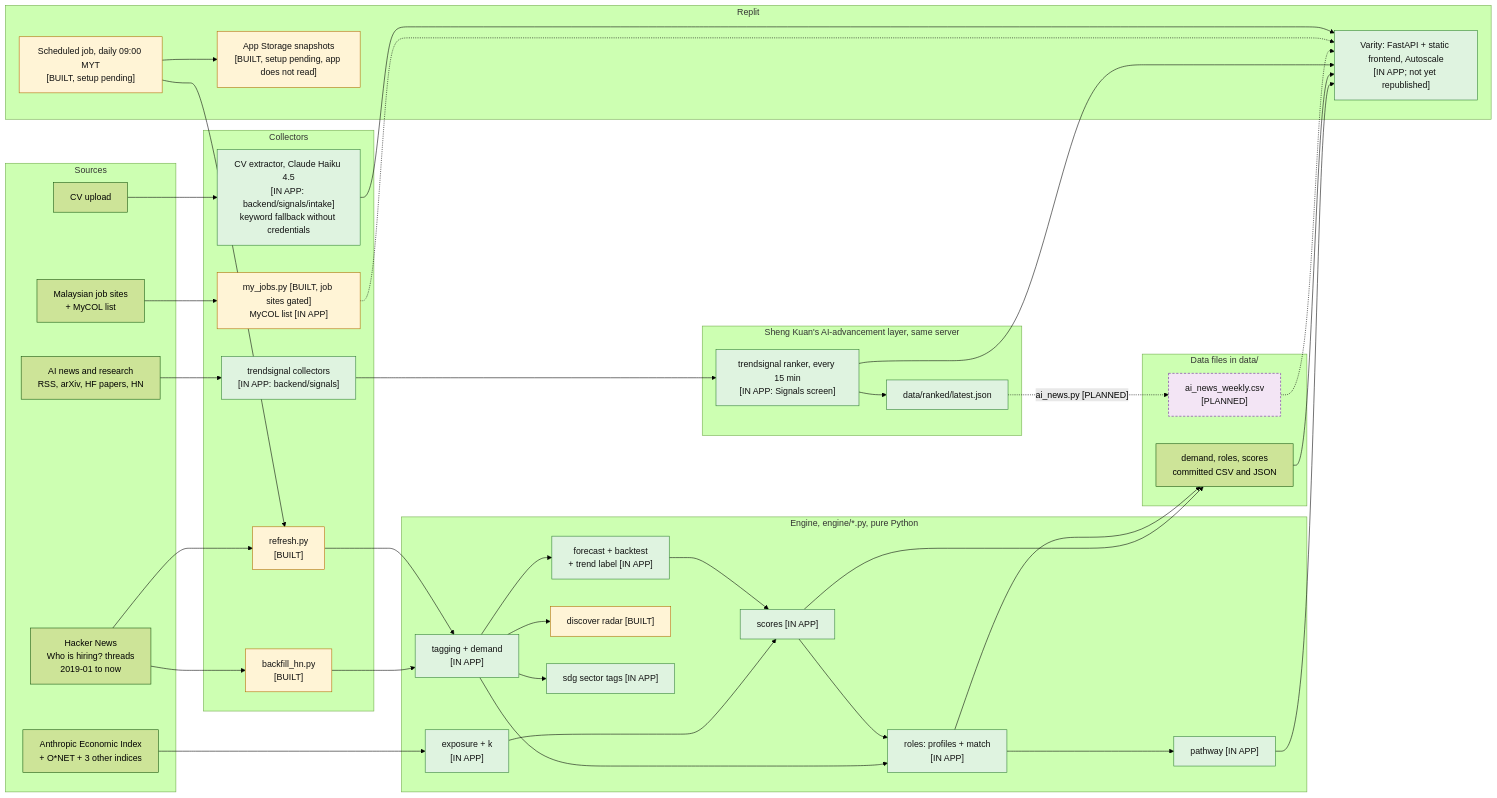
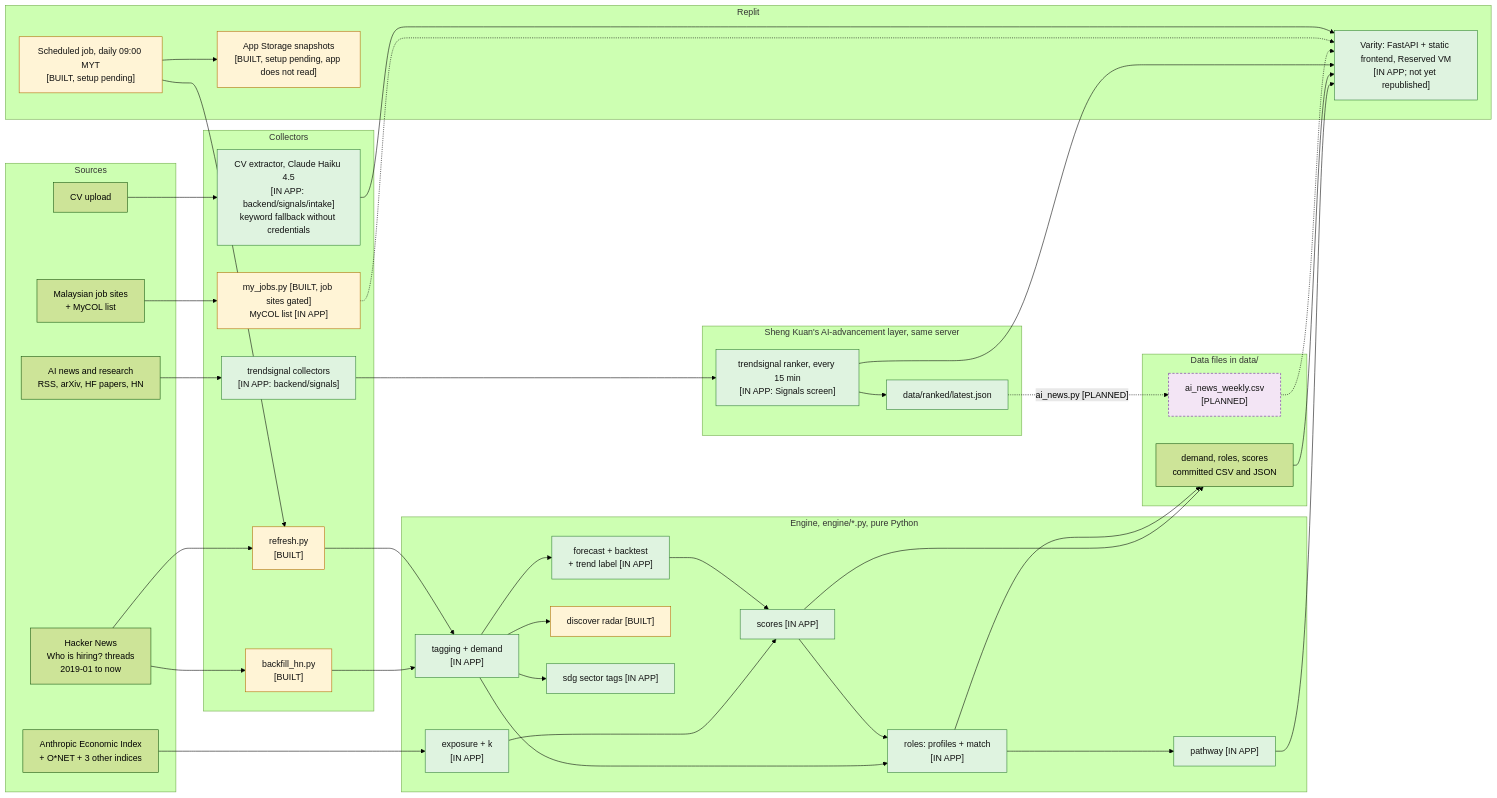
The first of 9 diagrams in docs/architecture.md (TayEeZhan/varity), drawn with Mermaid (forest theme) before and after one commit. The commit also changed other lines of this file and 24 other files, not shown here.

````diff
--- a/docs/architecture.md
+++ b/docs/architecture.md
@@ -37,76 +37,76 @@
 ```mermaid
 flowchart LR
     subgraph SRC["Sources"]
         HN["Hacker News<br/>Who is hiring? threads<br/>2019-01 to now"]
         AEI["Anthropic Economic Index<br/>+ O*NET + 3 other indices"]
         NEWS["AI news and research<br/>RSS, arXiv, HF papers, HN"]
         MYS["Malaysian job sites<br/>+ MyCOL list"]
         CV["CV upload"]
     end
 
     subgraph COL["Collectors"]
         BF["backfill_hn.py<br/>[BUILT]"]
         RF["refresh.py<br/>[BUILT]"]
         TS["trendsignal collectors<br/>[IN APP: backend/signals]"]
         MJ["my_jobs.py [BUILT, job sites gated]<br/>MyCOL list [IN APP]"]
         CVX["CV extractor, Claude Haiku 4.5<br/>[IN APP: backend/signals/intake]<br/>keyword fallback without credentials"]
     end
 
     subgraph ENG["Engine, engine/*.py, pure Python"]
         TAG["tagging + demand<br/>[IN APP]"]
         EXP["exposure + k<br/>[IN APP]"]
         FC["forecast + backtest<br/>+ trend label [IN APP]"]
         SC["scores [IN APP]"]
         RM["roles: profiles + match<br/>[IN APP]"]
         PW["pathway [IN APP]"]
         DS["discover radar [BUILT]"]
         SDG["sdg sector tags [IN APP]"]
     end
 
     subgraph FILES["Data files in data/"]
         D1["demand, roles, scores<br/>committed CSV and JSON"]
         D2["ai_news_weekly.csv<br/>[PLANNED]"]
     end
 
     subgraph REPLIT["Replit"]
-        APP["Varity: FastAPI + static frontend, Autoscale<br/>[IN APP; not yet republished]"]
+        APP["Varity: FastAPI + static frontend, Reserved VM<br/>[IN APP; not yet republished]"]
         ST["App Storage snapshots<br/>[BUILT, setup pending, app does not read]"]
         JOB["Scheduled job, daily 09:00 MYT<br/>[BUILT, setup pending]"]
     end
 
     subgraph AIL["Sheng Kuan's AI-advancement layer, same server"]
         RK["trendsignal ranker, every 15 min<br/>[IN APP: Signals screen]"]
         RJ["data/ranked/latest.json"]
     end
 
     HN --> BF --> TAG
     HN --> RF --> TAG
     AEI --> EXP
     TAG --> FC
     EXP --> SC
     FC --> SC
     TAG --> RM
     SC --> RM
     RM --> PW
     TAG --> DS
     TAG --> SDG
     SC --> D1
     RM --> D1
     PW --> APP
     D1 --> APP
     JOB --> RF
     JOB --> ST
     NEWS --> TS --> RK --> RJ
     RK --> APP
     RJ -. "ai_news.py [PLANNED]" .-> D2
     D2 -.-> APP
     MYS --> MJ -.-> APP
     CV --> CVX --> APP
 
     classDef live fill:#dff3e0,stroke:#2e7d32,color:#111
     classDef branch fill:#fff4d6,stroke:#b26a00,color:#111
     classDef planned fill:#f3e5f5,stroke:#6a1b9a,stroke-dasharray: 4 3,color:#111
     class TAG,EXP,FC,SC,RM,PW,SDG,APP,TS,RK,RJ,CVX live
     class BF,RF,DS,ST,JOB,MJ branch
     class D2 planned
 ```
````
